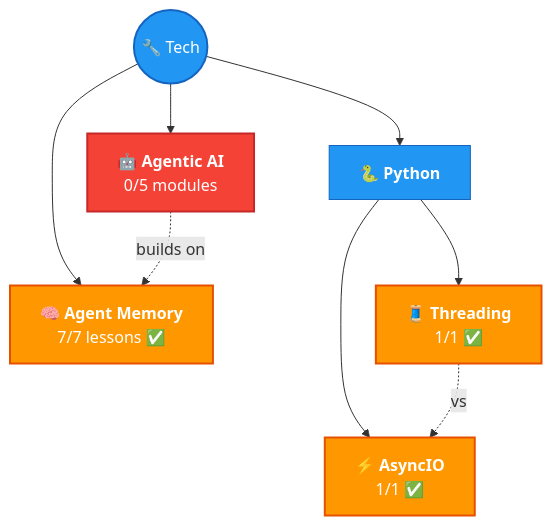
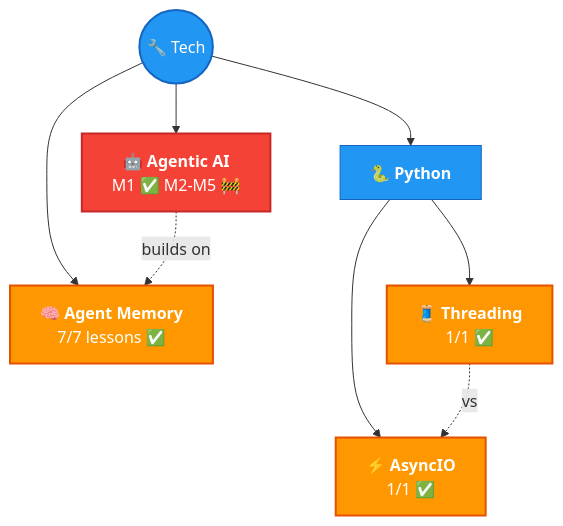
One commit to AyushSonuu/my-memory changed the diagram in tech/README.md. Above: the diagram before and after it, drawn with Mermaid. The commit also changed other lines of this file and 28 other files, not shown here.

Commit message:
🗺️ tier-2 sync: maps, READMEs, weak-spots, timeline, due-today, docs rebuild

````diff
--- a/tech/README.md
+++ b/tech/README.md
@@ -5,18 +5,18 @@
 ```mermaid
 graph TB
     T(("🔧 Tech"))
-    T --> AG["🤖 <b>Agentic AI</b><br/>0/5 modules"]
+    T --> AG["🤖 <b>Agentic AI</b><br/>M1 ✅ M2-M5 🚧"]
     T --> AM["🧠 <b>Agent Memory</b><br/>7/7 lessons ✅"]
     T --> PY["🐍 <b>Python</b>"]
     PY --> AIO["⚡ <b>AsyncIO</b><br/>1/1 ✅"]
     PY --> THR["🧵 <b>Threading</b><br/>1/1 ✅"]
     AG -.->|"builds on"| AM
     THR -.->|"vs"| AIO
 
     style T fill:#2196f3,color:#fff,stroke:#1565c0,stroke-width:2px
     style AG fill:#f44336,color:#fff,stroke:#c62828,stroke-width:2px
     style AM fill:#ff9800,color:#fff,stroke:#e65100,stroke-width:2px
     style PY fill:#2196f3,color:#fff,stroke:#1565c0
     style AIO fill:#ff9800,color:#fff,stroke:#e65100,stroke-width:2px
     style THR fill:#ff9800,color:#fff,stroke:#e65100,stroke-width:2px
 ```
````
